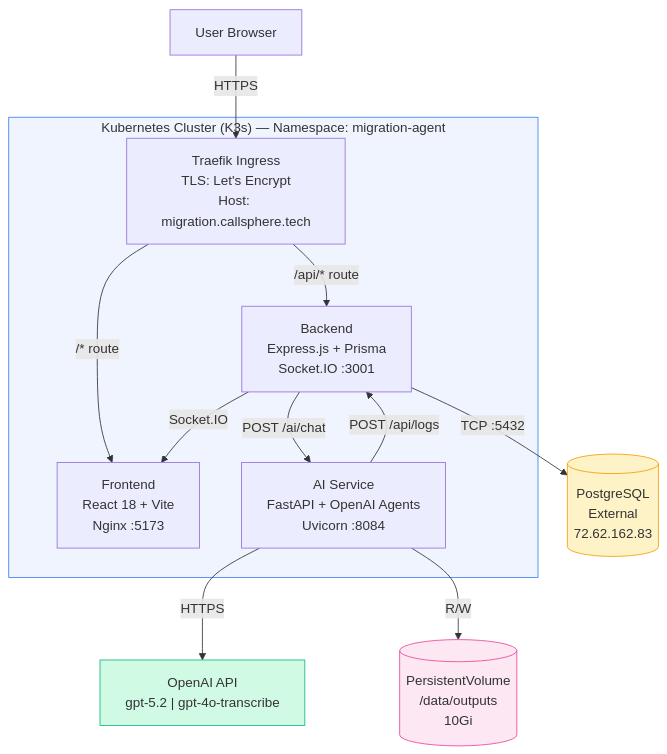
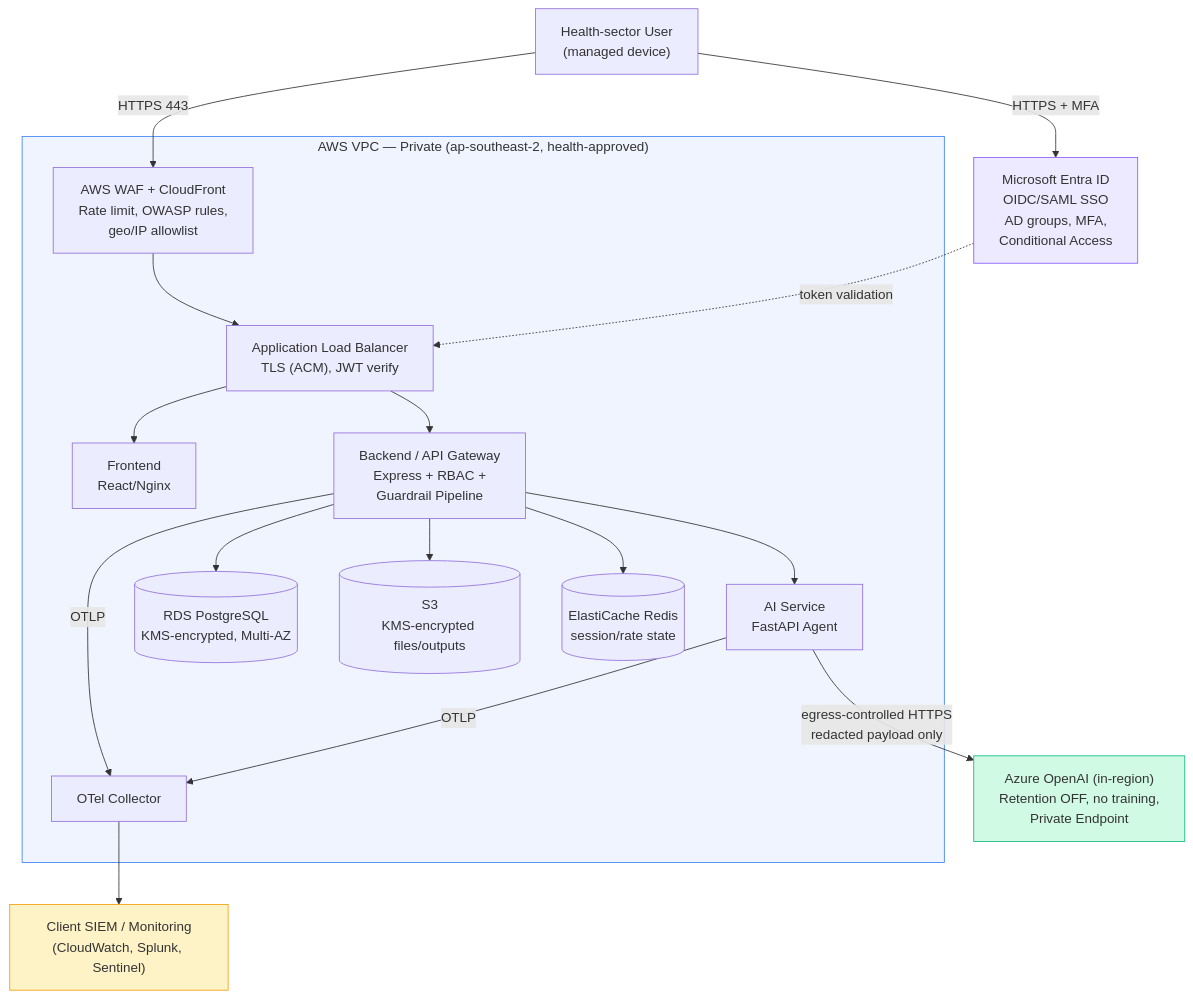
Before and after one commit to shankasf/small_migration: the first of 6 diagrams in ARCHITECTURE.md, drawn with Mermaid. The commit also changed other lines of this file and 1 other file, not shown here.

First line of the commit message:
docs(architecture): Rewrite as NZ-health-compliant secure architecture

````diff
--- a/ARCHITECTURE.md
+++ b/ARCHITECTURE.md
@@ -45,21 +90,26 @@
 ```mermaid
 graph TB
-    User["User Browser"] -->|HTTPS| Traefik["Traefik Ingress<br/>TLS: Let's Encrypt<br/>Host: migration.callsphere.tech"]
+    User["Health-sector User<br/>(managed device)"] -->|"HTTPS + MFA"| Entra["Microsoft Entra ID<br/>OIDC/SAML SSO<br/>AD groups, MFA,<br/>Conditional Access"]
+    User -->|"HTTPS 443"| WAF["AWS WAF + CloudFront<br/>Rate limit, OWASP rules,<br/>geo/IP allowlist"]
 
-    subgraph K3s["Kubernetes Cluster (K3s) — Namespace: migration-agent"]
-        Traefik -->|"/* route"| Frontend["Frontend<br/>React 18 + Vite<br/>Nginx :5173"]
-        Traefik -->|"/api/* route"| Backend["Backend<br/>Express.js + Prisma<br/>Socket.IO :3001"]
-        Backend -->|"POST /ai/chat"| AI["AI Service<br/>FastAPI + OpenAI Agents<br/>Uvicorn :8084"]
-        AI -->|"POST /api/logs"| Backend
-        Backend -->|"Socket.IO"| Frontend
+    subgraph AWS["AWS VPC — Private (ap-southeast-2, health-approved)"]
+        WAF --> ALB["Application Load Balancer<br/>TLS (ACM), JWT verify"]
+        ALB --> FE["Frontend<br/>React/Nginx"]
+        ALB --> BE["Backend / API Gateway<br/>Express + RBAC +<br/>Guardrail Pipeline"]
+        BE --> AI["AI Service<br/>FastAPI Agent"]
+        BE --> RDS[("RDS PostgreSQL<br/>KMS-encrypted, Multi-AZ")]
+        BE --> S3[("S3<br/>KMS-encrypted files/outputs")]
+        BE --> Redis[("ElastiCache Redis<br/>session/rate state")]
+        BE -->|OTLP| OTEL["OTel Collector"]
+        AI -->|OTLP| OTEL
     end
 
-    Backend -->|TCP :5432| DB[("PostgreSQL<br/>External<br/>72.62.162.83")]
-    AI -->|HTTPS| OpenAI["OpenAI API<br/>gpt-5.2 | gpt-4o-transcribe"]
-    AI -->|R/W| PV[("PersistentVolume<br/>/data/outputs<br/>10Gi")]
+    Entra -. "token validation" .-> ALB
+    OTEL --> SIEM["Client SIEM / Monitoring<br/>(CloudWatch, Splunk, Sentinel)"]
+    AI -->|"egress-controlled HTTPS<br/>redacted payload only"| AOAI["Azure OpenAI (in-region)<br/>Retention OFF, no training,<br/>Private Endpoint"]
 
-    style K3s fill:#f0f4ff,stroke:#3b82f6
-    style DB fill:#fef3c7,stroke:#f59e0b
-    style OpenAI fill:#d1fae5,stroke:#10b981
-    style PV fill:#fce7f3,stroke:#ec4899
+    style AWS fill:#f0f4ff,stroke:#3b82f6
+    style AOAI fill:#d1fae5,stroke:#10b981
+    style Entra fill:#ede9fe,stroke:#8b5cf6
+    style SIEM fill:#fef3c7,stroke:#f59e0b
 ```
````
